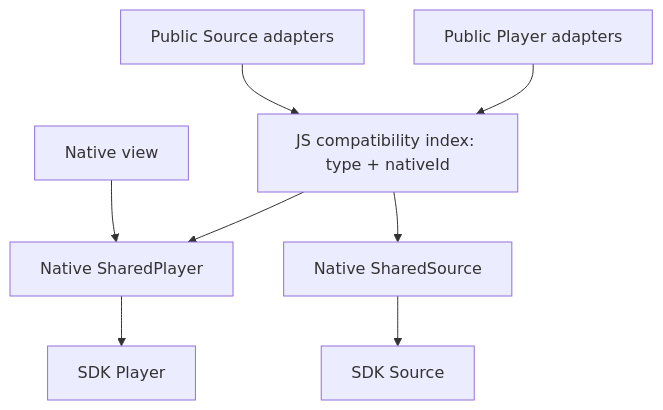
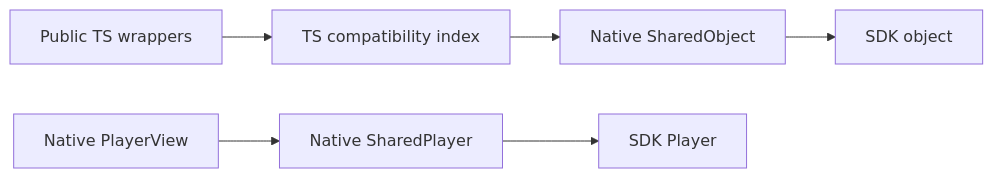
The diagram in docs/shared-object-lifecycle-plan.md (bitmovin/bitmovin-player-react-native), drawn with Mermaid before and after one commit. The commit also changed other lines of this file and 68 other files, not shown here.

Commit message:
Use direct SharedObject references throughout native bindings

````diff
--- a/docs/shared-object-lifecycle-plan.md
+++ b/docs/shared-object-lifecycle-plan.md
@@ -10,10 +6,8 @@
 ```mermaid
-flowchart TD
-  Player[Public Player adapters] --> Index[JS compatibility index: type + nativeId]
-  Source[Public Source adapters] --> Index
-  Index --> SharedPlayer[Native SharedPlayer]
-  Index --> SharedSource[Native SharedSource]
-  SharedPlayer --> SDKPlayer[SDK Player]
-  SharedSource --> SDKSource[SDK Source]
-  View[Native view] --> SharedPlayer
+flowchart LR
+  Public[Public TS wrappers] --> Compatibility[TS compatibility index]
+  Compatibility --> Owner[Native SharedObject]
+  Owner --> SDK[SDK object]
+  View[Native PlayerView] --> Player[Native SharedPlayer]
+  Player --> SDKPlayer[SDK Player]
 ```
````
